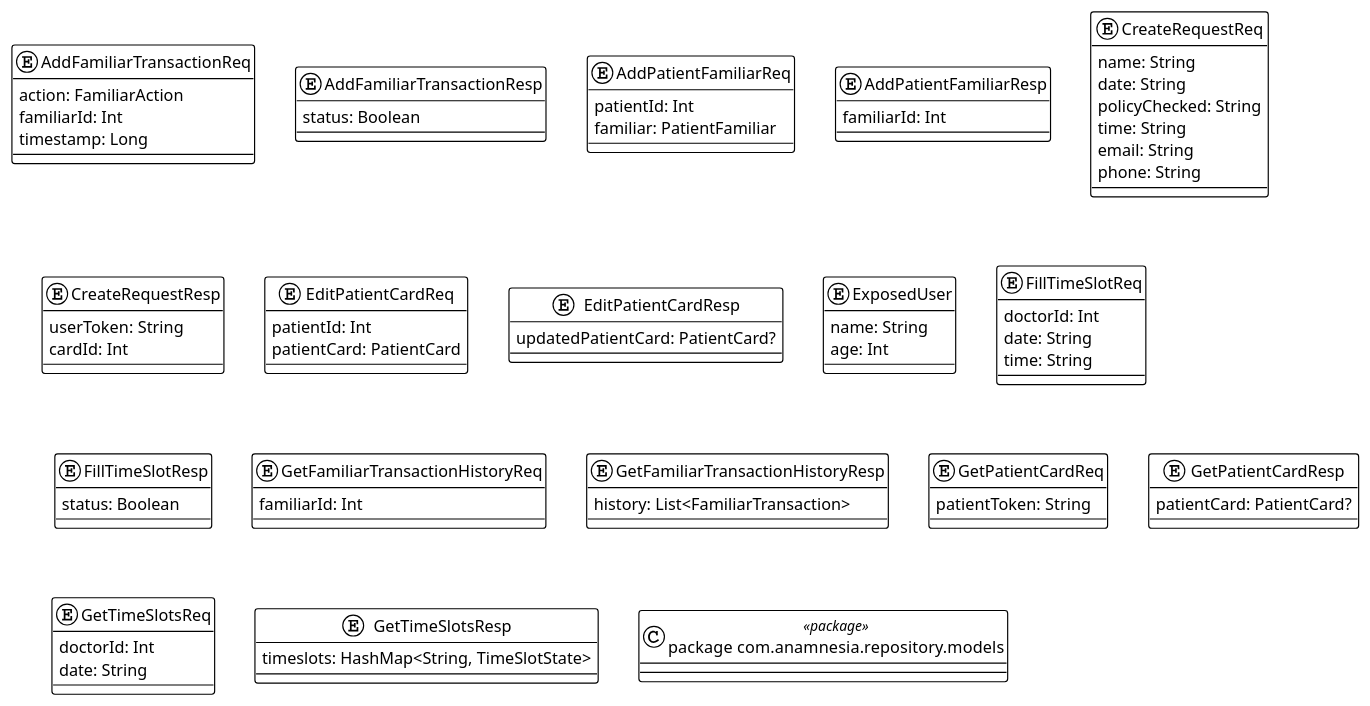
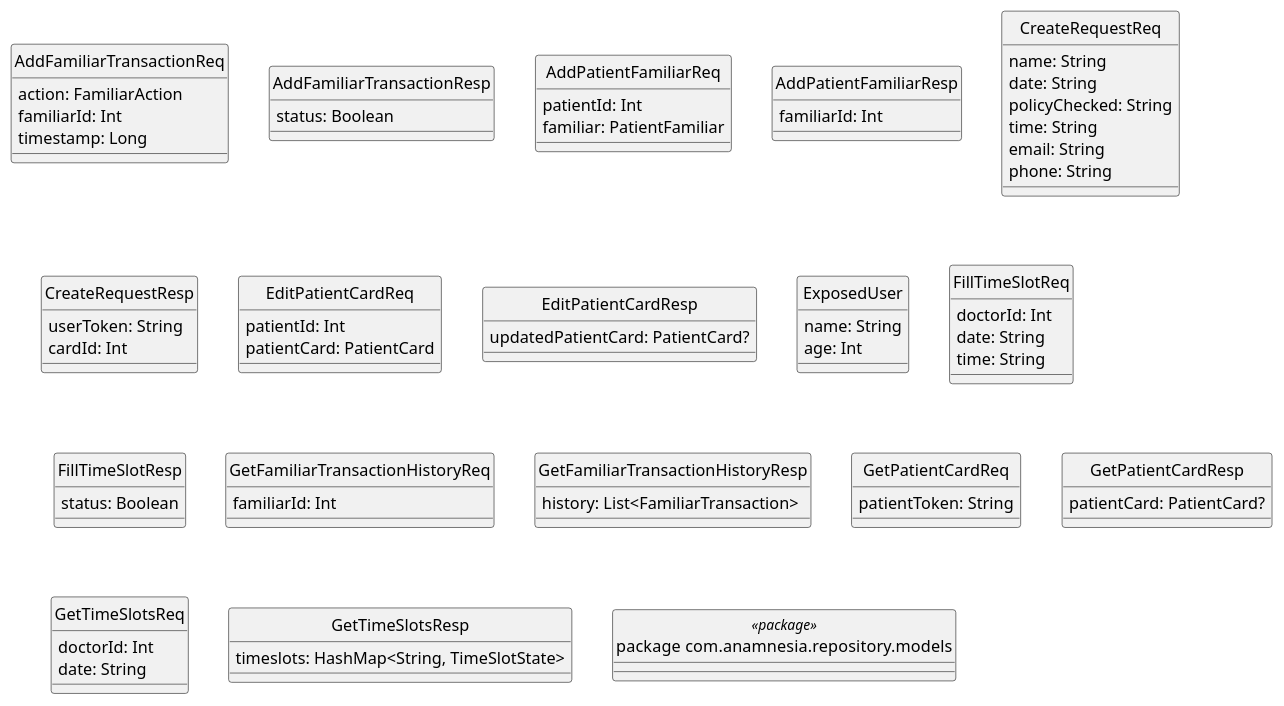
Before and after one commit to ideeockus/itmo-course-methodology-software-engineering: the diagram in uml/DB.plantuml, drawn with PlantUML. The commit also changed 4 other files, not shown here.

```diff
--- a/uml/DB.plantuml
+++ b/uml/DB.plantuml
@@ -1,74 +1,78 @@
 @startuml
 
-!theme plain
-top to bottom direction
+' hide the spot
+hide circle
+
+' avoid problems with angled crows feet
 skinparam linetype ortho
 
 entity  AddFamiliarTransactionReq {
    action: FamiliarAction
    familiarId: Int
    timestamp: Long
 }
 entity  AddFamiliarTransactionResp  {
    status: Boolean
 }
 entity  AddPatientFamiliarReq  {
    patientId: Int
    familiar: PatientFamiliar
 }
 entity  AddPatientFamiliarResp  {
    familiarId: Int
 }
 entity  CreateRequestReq {
    name: String
    date: String
    policyChecked: String
    time: String
    email: String
    phone: String
 }
 entity  CreateRequestResp  {
    userToken: String
    cardId: Int
 }
 entity  EditPatientCardReq {
    patientId: Int
    patientCard: PatientCard
 }
 entity  EditPatientCardResp {
    updatedPatientCard: PatientCard?
 }
 entity  ExposedUser {
    name: String
    age: Int
 }
 entity  FillTimeSlotReq  {
    doctorId: Int
    date: String
    time: String
 }
 entity  FillTimeSlotResp  {
    status: Boolean
 }
 entity  GetFamiliarTransactionHistoryReq{
    familiarId: Int
 }
 entity  GetFamiliarTransactionHistoryResp {
    history: List<FamiliarTransaction>
 }
 entity  GetPatientCardReq  {
    patientToken: String
 }
 entity  GetPatientCardResp {
    patientCard: PatientCard?
 }
 entity  GetTimeSlotsReq {
    doctorId: Int
    date: String
 }
 entity  GetTimeSlotsResp  {
    timeslots: HashMap<String, TimeSlotState>
 }
 class node18 as "package  com.anamnesia.repository.models" << package >>
 
+
+
 @enduml
```
